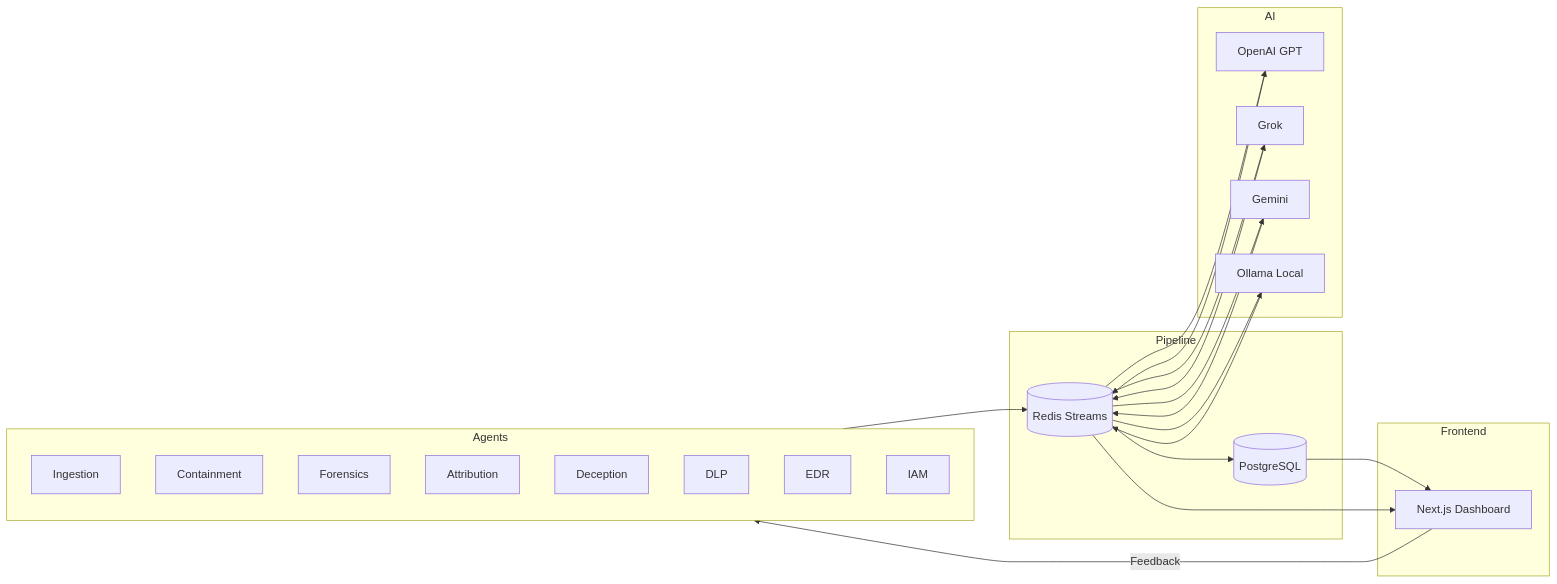
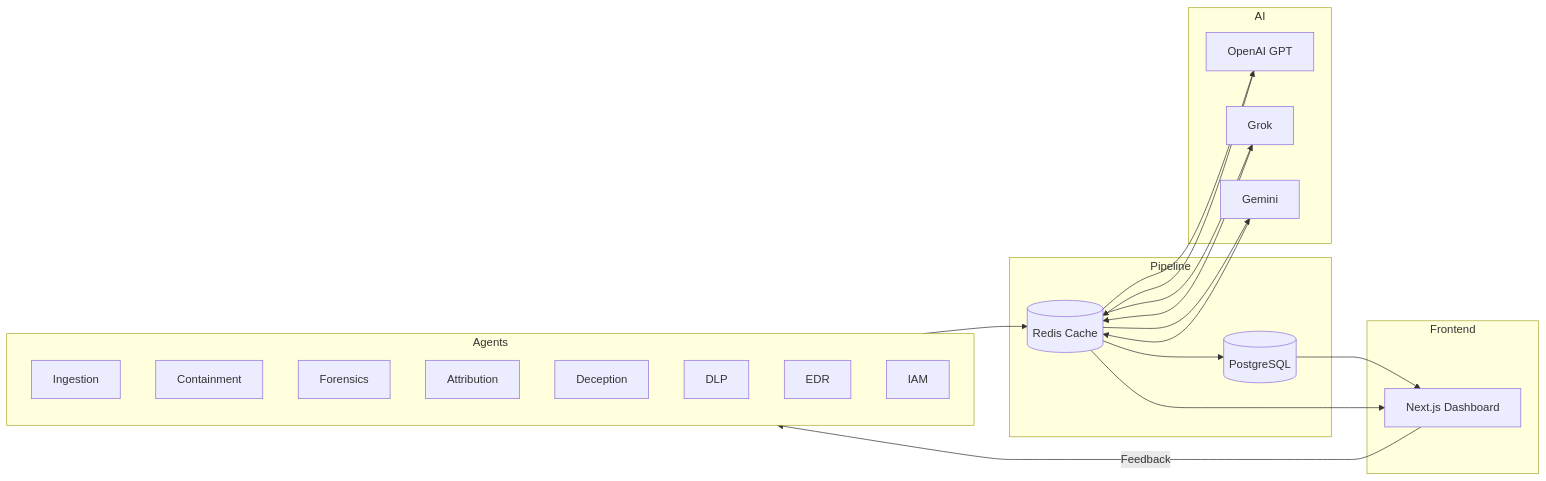
Before and after one commit to chasemad/mini-xdr-v5: the diagram in README.md, drawn with Mermaid. The commit also changed other lines of this file and 1 other file, not shown here.

Commit message:
Docs: Accurate README - remove Ollama, correct Redis usage

````diff
--- a/README.md
+++ b/README.md
@@ -9,45 +9,42 @@
 ```mermaid
 flowchart LR
     subgraph Agents
         A1[Ingestion]
         A2[Containment]
         A3[Forensics]
         A4[Attribution]
         A5[Deception]
         A6[DLP]
         A7[EDR]
         A8[IAM]
     end
 
     subgraph Pipeline
-        R[(Redis Streams)]
+        R[(Redis Cache)]
         DB[(PostgreSQL)]
     end
 
     subgraph AI
         O1[OpenAI GPT]
         G2[Grok]
         Ge3[Gemini]
-        L4[Ollama Local]
     end
 
     subgraph Frontend
         UI[Next.js Dashboard]
     end
 
     Agents --> R
     R --> DB
     DB --> UI
     R --> UI
 
     R --> O1
     R --> G2
     R --> Ge3
-    R --> L4
     O1 --> R
     G2 --> R
     Ge3 --> R
-    L4 --> R
 
     UI -->|Feedback| Agents
 ```
````
